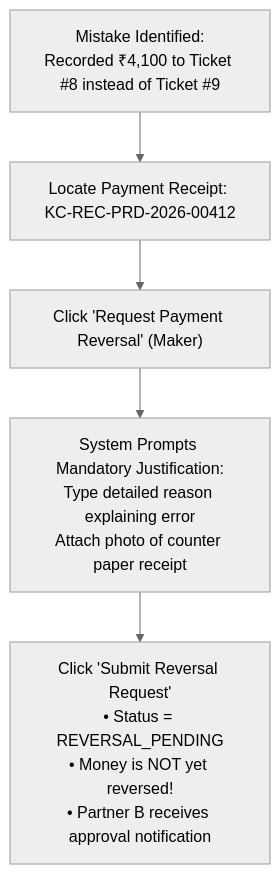
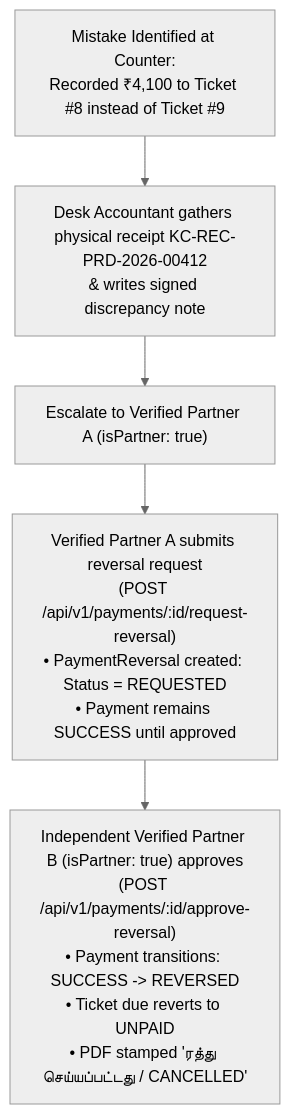
Before and after one commit to Kathir-24/Kumaran-finance: the tenth of 11 diagrams in docs/07-operations/user-manuals/accountant-desk-manual.md, drawn with Mermaid (neutral theme). The commit also changed other lines of this file and 4 other files, not shown here.

````diff
--- a/docs/07-operations/user-manuals/accountant-desk-manual.md
+++ b/docs/07-operations/user-manuals/accountant-desk-manual.md
@@ -267,7 +271,7 @@
 ```mermaid
 flowchart TD
-    Mistake["Mistake Identified:\nRecorded ₹4,100 to Ticket #8 instead of Ticket #9"] --> Locate["Locate Payment Receipt: KC-REC-PRD-2026-00412"]
-    Locate --> ClickReq["Click 'Request Payment Reversal' (Maker)"]
-    ClickReq --> Prompt["System Prompts Mandatory Justification:\nType detailed reason explaining error\nAttach photo of counter paper receipt"]
-    Prompt --> SubmitReq["Click 'Submit Reversal Request'\n• Status = REVERSAL_PENDING\n• Money is NOT yet reversed!\n• Partner B receives approval notification"]
+    Mistake["Mistake Identified at Counter:\nRecorded ₹4,100 to Ticket #8 instead of Ticket #9"] --> Prep["Desk Accountant gathers physical receipt KC-REC-PRD-2026-00412\n& writes signed discrepancy note"]
+    Prep --> Escalate["Escalate to Verified Partner A (isPartner: true)"]
+    Escalate --> PartnerA["Verified Partner A submits reversal request\n(POST /api/v1/payments/:id/request-reversal)\n• PaymentReversal created: Status = REQUESTED\n• Payment remains SUCCESS until approved"]
+    PartnerA --> PartnerB["Independent Verified Partner B (isPartner: true) approves\n(POST /api/v1/payments/:id/approve-reversal)\n• Payment transitions: SUCCESS -> REVERSED\n• Ticket due reverts to UNPAID\n• PDF stamped 'ரத்து செய்யப்பட்டது / CANCELLED'"]
 ```
````
